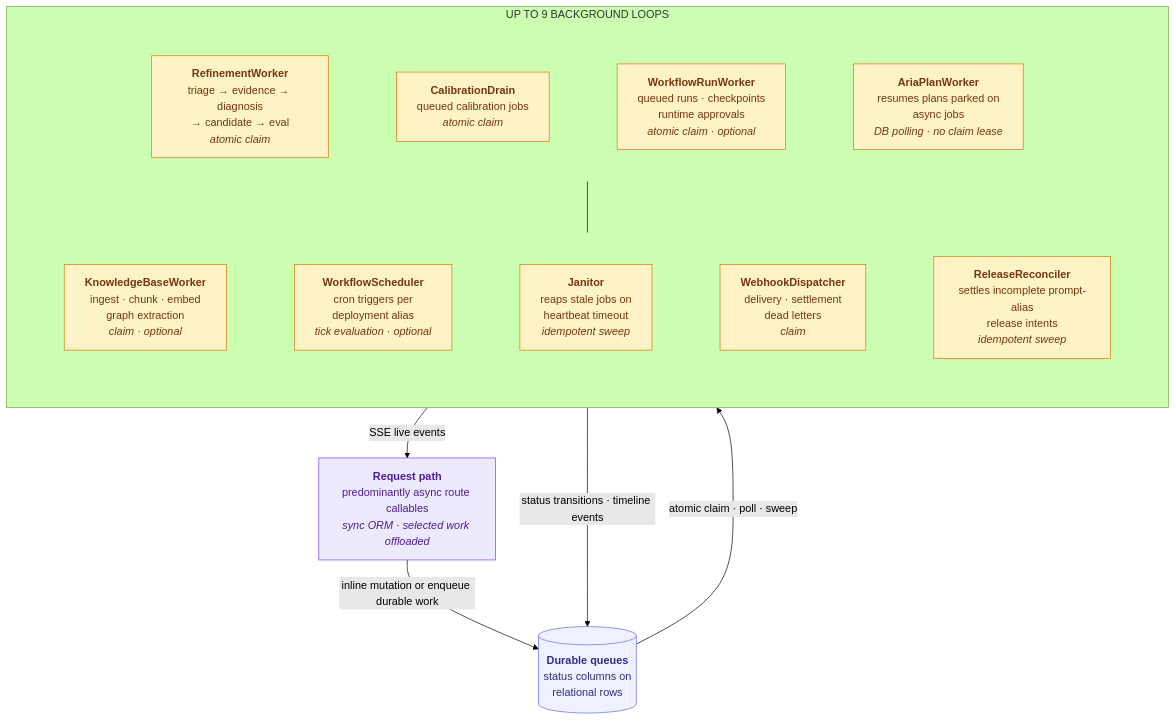
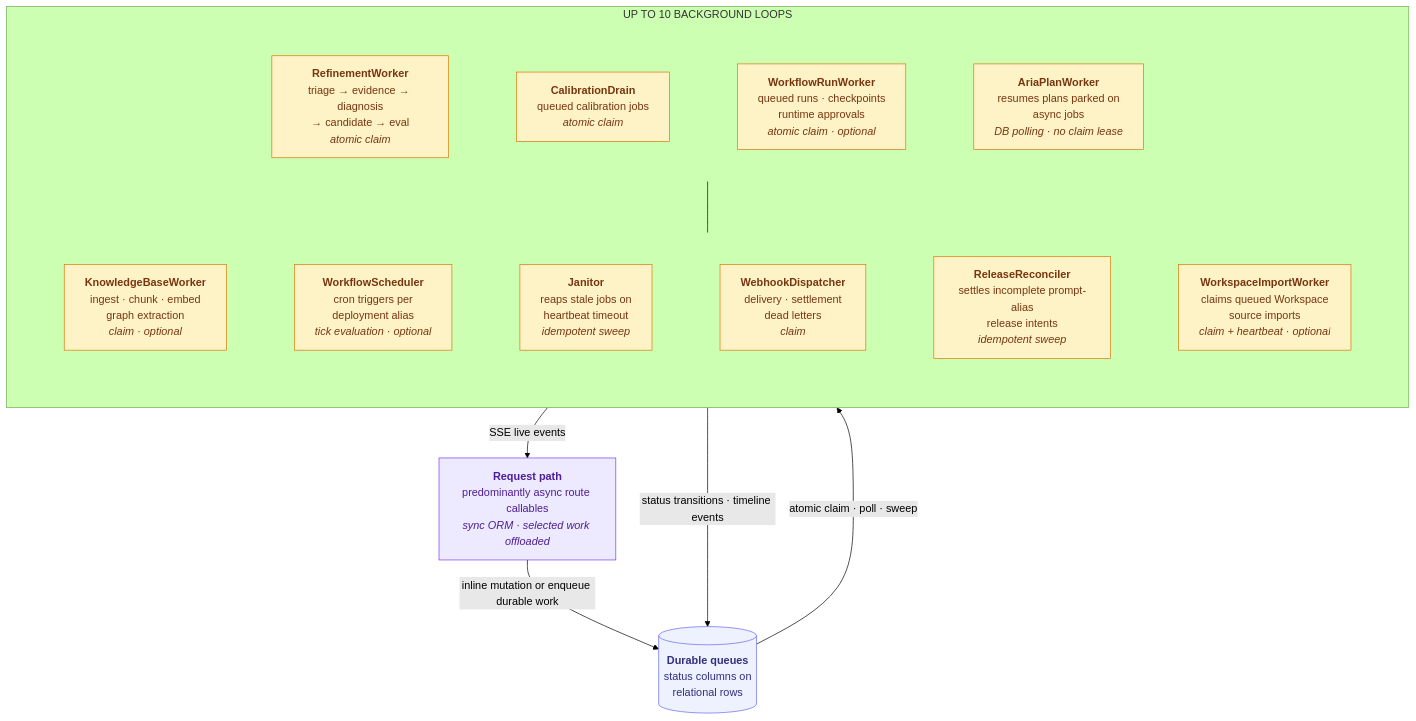
Before and after one commit to rrahimi-uci/caliber-suite: the sixth of 8 diagrams in ARCHITECTURE.md, drawn with Mermaid (forest theme). The commit also changed other lines of this file and 9 other files, not shown here.

First line of the commit message:
docs: remove obsolete planning artifacts, align ARCHITECTURE.md/README.md (#435)

````diff
--- a/ARCHITECTURE.md
+++ b/ARCHITECTURE.md
@@ -466,40 +469,41 @@
 ```mermaid
 flowchart TB
     REQ["<b>Request path</b><br/>predominantly async route callables<br/><i>sync ORM · selected work offloaded</i>"]:::ctrl
     Q[("<b>Durable queues</b><br/>status columns on<br/>relational rows")]:::store
 
-    subgraph LOOPS["UP TO 9 BACKGROUND LOOPS"]
+    subgraph LOOPS["UP TO 10 BACKGROUND LOOPS"]
       direction TB
       subgraph WA[" "]
         direction LR
         w1["<b>RefinementWorker</b><br/>triage → evidence → diagnosis<br/>→ candidate → eval<br/><i>atomic claim</i>"]:::async
         w2["<b>CalibrationDrain</b><br/>queued calibration jobs<br/><i>atomic claim</i>"]:::async
         w3["<b>WorkflowRunWorker</b><br/>queued runs · checkpoints<br/>runtime approvals<br/><i>atomic claim · optional</i>"]:::async
         w4["<b>AriaPlanWorker</b><br/>resumes plans parked on<br/>async jobs<br/><i>DB polling · no claim lease</i>"]:::async
         w1 --- w2 --- w3 --- w4
       end
       subgraph WB[" "]
         direction LR
         w5["<b>KnowledgeBaseWorker</b><br/>ingest · chunk · embed<br/>graph extraction<br/><i>claim · optional</i>"]:::async
         w6["<b>WorkflowScheduler</b><br/>cron triggers per<br/>deployment alias<br/><i>tick evaluation · optional</i>"]:::async
         w7["<b>Janitor</b><br/>reaps stale jobs on<br/>heartbeat timeout<br/><i>idempotent sweep</i>"]:::async
         w8["<b>WebhookDispatcher</b><br/>delivery · settlement<br/>dead letters<br/><i>claim</i>"]:::async
         w9["<b>ReleaseReconciler</b><br/>settles incomplete prompt-alias<br/>release intents<br/><i>idempotent sweep</i>"]:::async
-        w5 --- w6 --- w7 --- w8 --- w9
+        w10["<b>WorkspaceImportWorker</b><br/>claims queued Workspace<br/>source imports<br/><i>claim + heartbeat · optional</i>"]:::async
+        w5 --- w6 --- w7 --- w8 --- w9 --- w10
       end
       WA --- WB
     end
 
     REQ -->|"inline mutation or enqueue durable work"| Q
     Q -->|"atomic claim · poll · sweep"| LOOPS
     LOOPS -->|"status transitions · timeline events"| Q
     LOOPS -->|"SSE live events"| REQ
 
-    linkStyle 0,1,2,3,4,5,6 stroke:transparent,stroke-width:0px
+    linkStyle 0,1,2,3,4,5,6,7 stroke:transparent,stroke-width:0px
     style WA fill:none,stroke:none
     style WB fill:none,stroke:none
 
     classDef ctrl fill:#ede9fe,stroke:#7c3aed,color:#4c1d95;
     classDef store fill:#eef2ff,stroke:#6366f1,color:#312e81;
     classDef async fill:#fef3c7,stroke:#d97706,color:#78350f;
 ```
````
